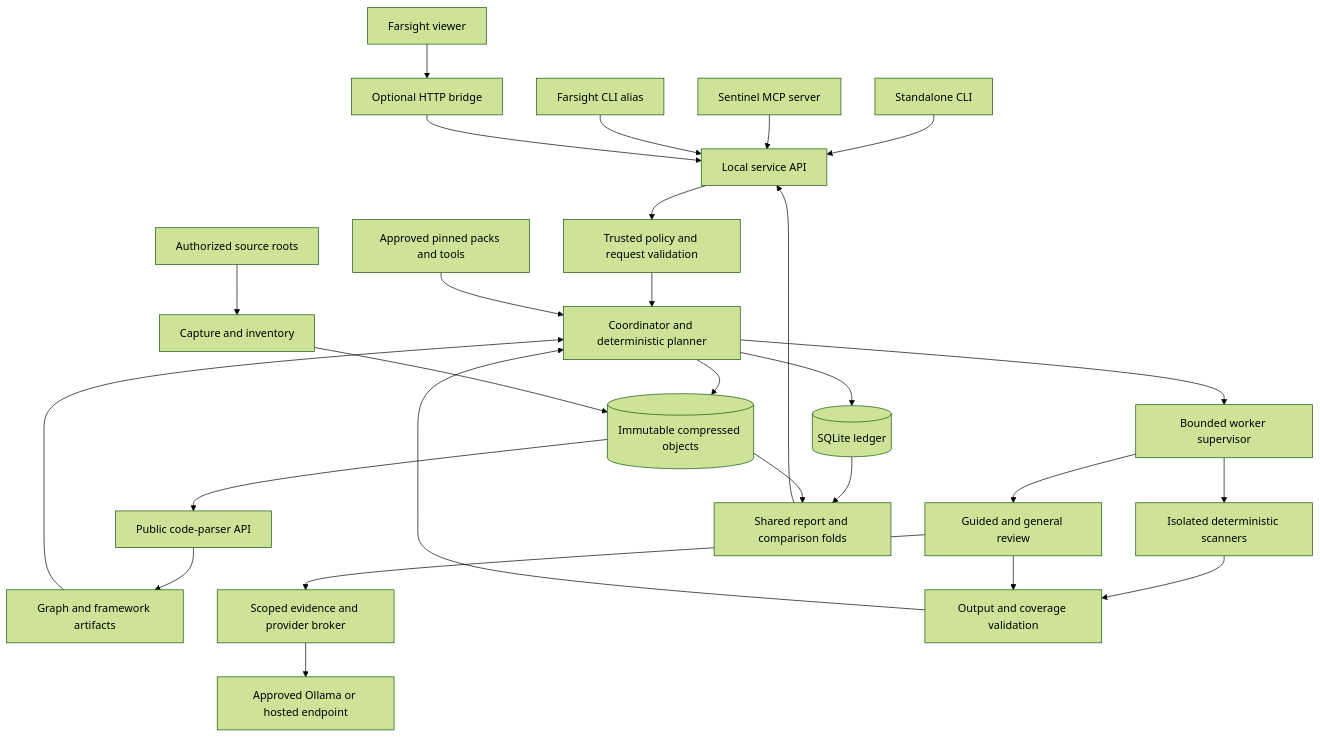
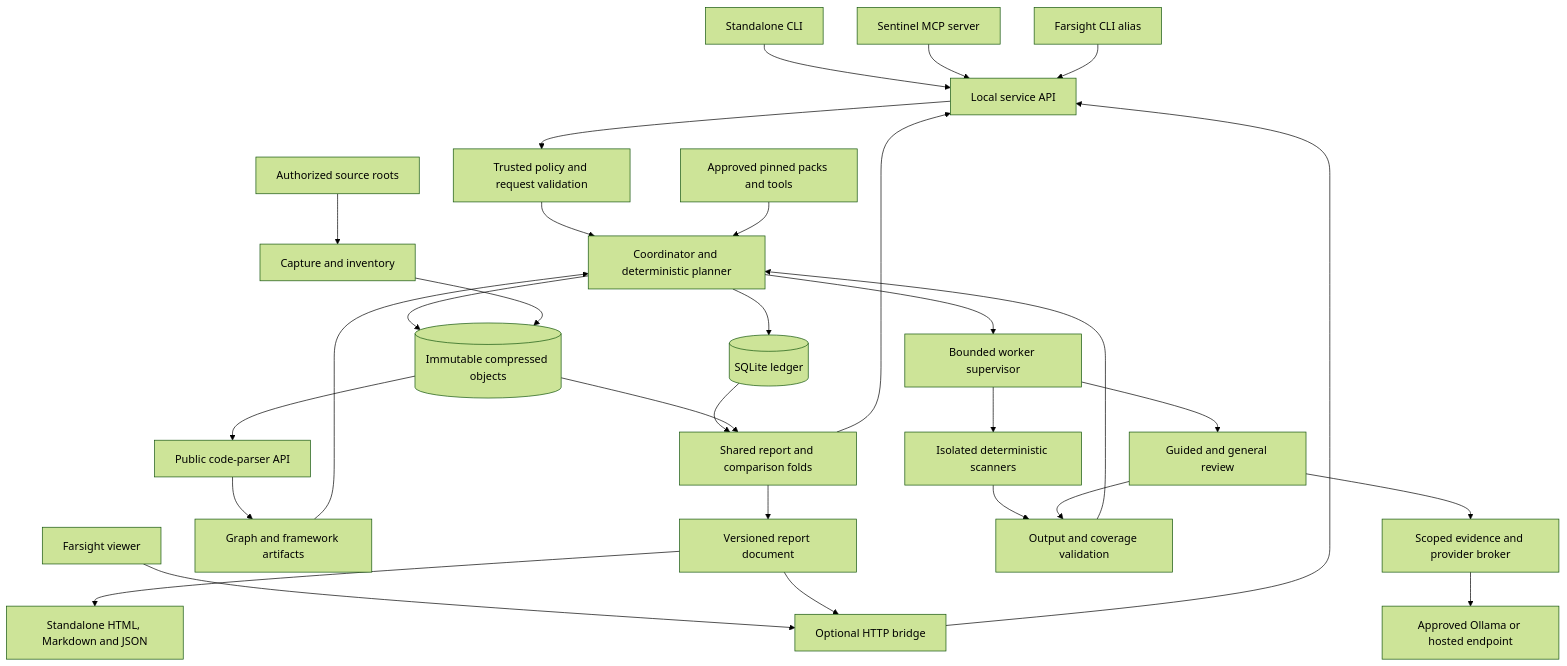
The first of 2 diagrams in docs/proposals/farsight-sentinel/implementation-plan.md (zalos/farsight), drawn with Mermaid (forest theme) before and after one commit. The commit also changed other lines of this file and 5 other files, not shown here.

````diff
--- a/docs/proposals/farsight-sentinel/implementation-plan.md
+++ b/docs/proposals/farsight-sentinel/implementation-plan.md
@@ -101,29 +106,32 @@
 ```mermaid
 flowchart TB
   CLI[Standalone CLI] --> IPC[Local service API]
   MCP[Sentinel MCP server] --> IPC
   WEB[Farsight viewer] --> BRIDGE[Optional HTTP bridge]
   HOST[Farsight CLI alias] --> IPC
   BRIDGE --> IPC
   IPC --> POLICY[Trusted policy and request validation]
   POLICY --> COORD[Coordinator and deterministic planner]
   COORD --> LEDGER[(SQLite ledger)]
   COORD --> CAS[(Immutable compressed objects)]
   ROOTS[Authorized source roots] --> CAPTURE[Capture and inventory]
   CAPTURE --> CAS
   CAS --> PARSER[Public code-parser API]
   PARSER --> FACTS[Graph and framework artifacts]
   FACTS --> COORD
   RULES[Approved pinned packs and tools] --> COORD
   COORD --> RUNNER[Bounded worker supervisor]
   RUNNER --> SCAN[Isolated deterministic scanners]
   RUNNER --> REVIEW[Guided and general review]
   REVIEW --> BROKER[Scoped evidence and provider broker]
   BROKER --> MODEL[Approved Ollama or hosted endpoint]
   SCAN --> VALIDATE[Output and coverage validation]
   REVIEW --> VALIDATE
   VALIDATE --> COORD
   LEDGER --> FOLD[Shared report and comparison folds]
   CAS --> FOLD
   FOLD --> IPC
+  FOLD --> DOC[Versioned report document]
+  DOC --> EXPORT[Standalone HTML, Markdown and JSON]
+  DOC --> BRIDGE
 ```
````
